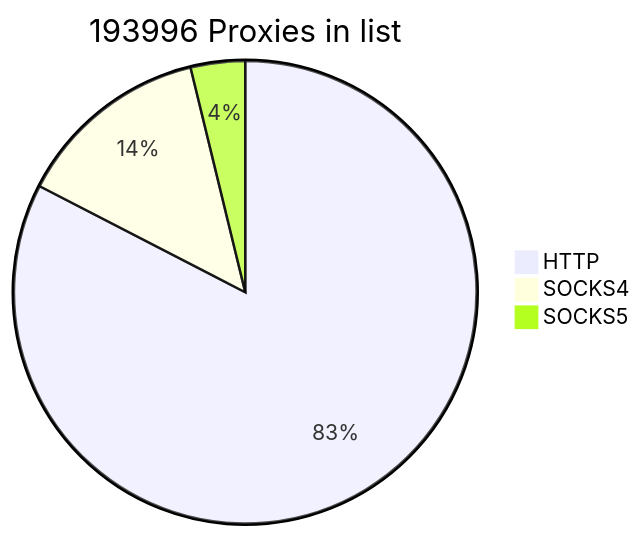
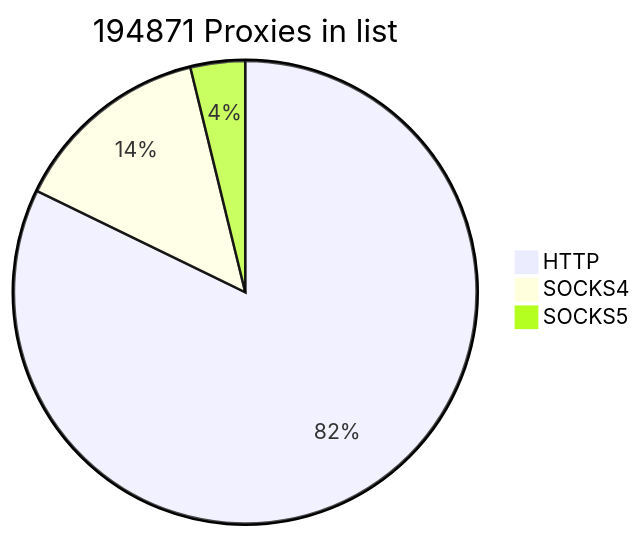
One commit to cutipu/proxylist changed the first of 2 diagrams in README.md. Above: the diagram before and after it, drawn with Mermaid. The commit also changed other lines of this file, not shown here.

````diff
--- a/README.md
+++ b/README.md
@@ -2,7 +2,7 @@
 ```mermaid
-pie title 193996 Proxies in list
-    "HTTP" : 160201
-    "SOCKS4" : 26421
-    "SOCKS5" : 7374
+pie title 194871 Proxies in list
+    "HTTP" : 160200
+    "SOCKS4" : 27242
+    "SOCKS5" : 7429
             
 ```
````
